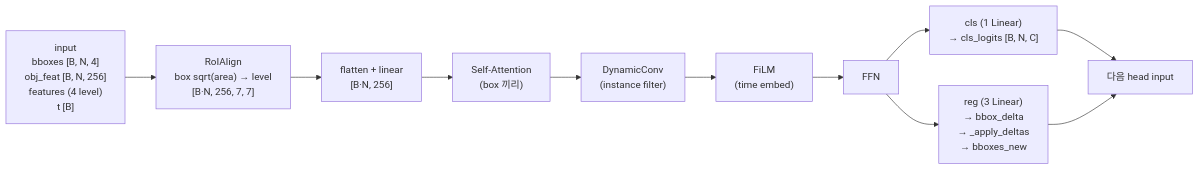
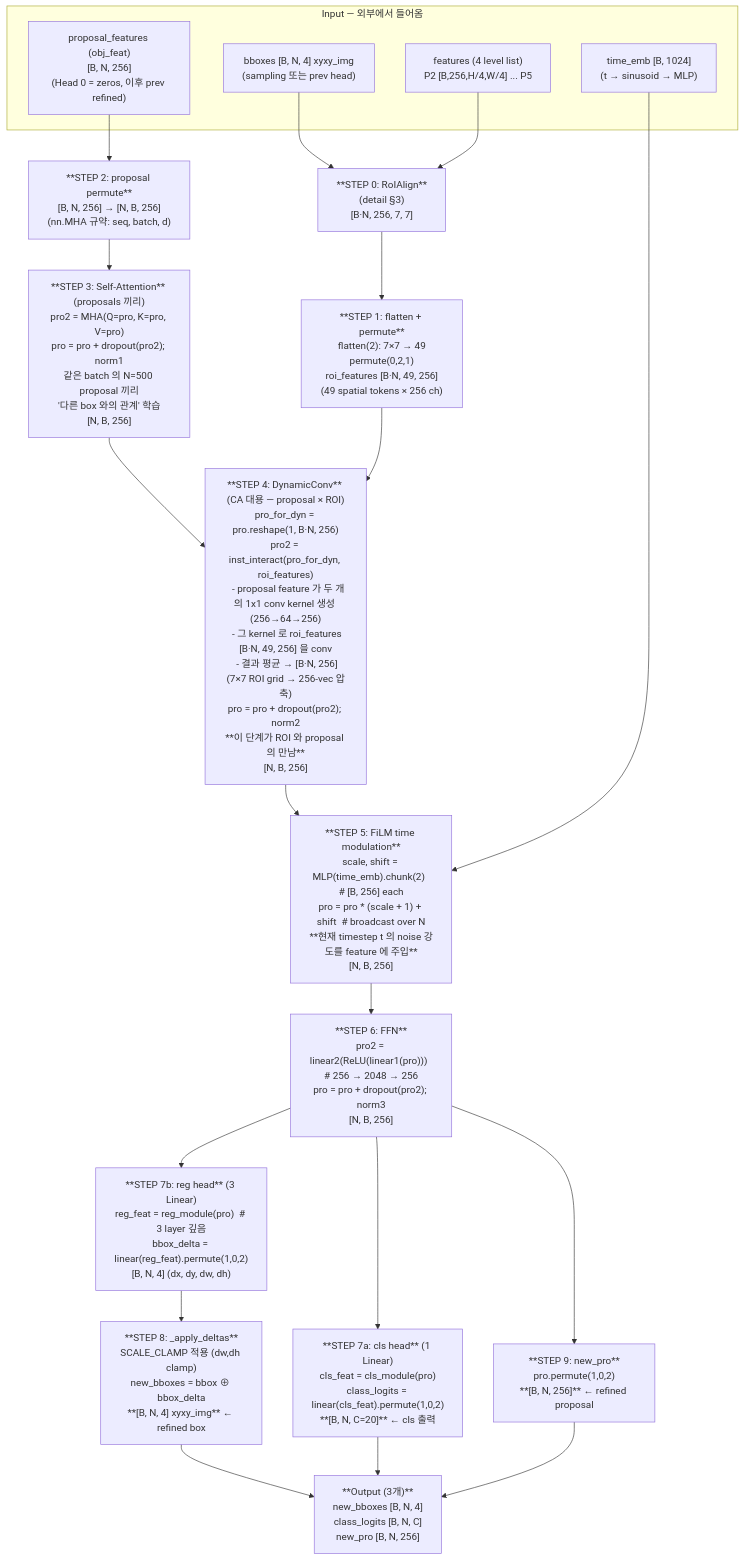
The fourth of 5 diagrams in models/study_model.md (csm-kr/fm-det-analysis), drawn with Mermaid before and after one commit. The commit also changed other lines of this file, not shown here.

First line of the commit message:
docs(models/study): §2.3 DetectionHead 내부 — 단계별 디테일 + 6 head outer loop 추가

````diff
--- a/models/study_model.md
+++ b/models/study_model.md
@@ -459,13 +469,40 @@
 ```mermaid
-flowchart LR
-    In["input<br/>bboxes [B, N, 4]<br/>obj_feat [B, N, 256]<br/>features (4 level)<br/>t [B]"] --> ROI["RoIAlign<br/>box sqrt(area) → level<br/>[B·N, 256, 7, 7]"]
-    ROI --> Flat["flatten + linear<br/>[B·N, 256]"]
-    Flat --> SA["Self-Attention<br/>(box 끼리)"]
-    SA --> DC["DynamicConv<br/>(instance filter)"]
-    DC --> FiLM["FiLM<br/>(time embed)"]
-    FiLM --> FFN["FFN"]
-    FFN --> Cls["cls (1 Linear)<br/>→ cls_logits [B, N, C]"]
-    FFN --> Reg["reg (3 Linear)<br/>→ bbox_delta<br/>→ _apply_deltas<br/>→ bboxes_new"]
-    Cls --> Next["다음 head input"]
-    Reg --> Next
+flowchart TD
+    subgraph IN [Input — 외부에서 들어옴]
+      Bx["bboxes [B, N, 4] xyxy_img<br/>(sampling 또는 prev head)"]
+      Pro0["proposal_features (obj_feat)<br/>[B, N, 256]<br/>(Head 0 = zeros, 이후 prev refined)"]
+      Feat["features (4 level list)<br/>P2 [B,256,H/4,W/4] ... P5"]
+      T["time_emb [B, 1024]<br/>(t → sinusoid → MLP)"]
+    end
+
+    Bx --> ROI["**STEP 0: RoIAlign**<br/>(detail §3)<br/>[B·N, 256, 7, 7]"]
+    Feat --> ROI
+
+    ROI --> Flat["**STEP 1: flatten + permute**<br/>flatten(2): 7×7 → 49<br/>permute(0,2,1)<br/>roi_features [B·N, 49, 256]<br/>(49 spatial tokens × 256 ch)"]
+
+    Pro0 --> Permute["**STEP 2: proposal permute**<br/>[B, N, 256] → [N, B, 256]<br/>(nn.MHA 규약: seq, batch, d)"]
+
+    Permute --> SA["**STEP 3: Self-Attention** (proposals 끼리)<br/>pro2 = MHA(Q=pro, K=pro, V=pro)<br/>pro = pro + dropout(pro2); norm1<br/>같은 batch 의 N=500 proposal 끼리<br/>'다른 box 와의 관계' 학습<br/>[N, B, 256]"]
+
+    SA --> DC["**STEP 4: DynamicConv** (CA 대용 — proposal × ROI)<br/>pro_for_dyn = pro.reshape(1, B·N, 256)<br/>pro2 = inst_interact(pro_for_dyn, roi_features)<br/>  - proposal feature 가 두 개의 1x1 conv kernel 생성 (256→64→256)<br/>  - 그 kernel 로 roi_features [B·N, 49, 256] 을 conv<br/>  - 결과 평균 → [B·N, 256] (7×7 ROI grid → 256-vec 압축)<br/>pro = pro + dropout(pro2); norm2<br/>**이 단계가 ROI 와 proposal 의 만남**<br/>[N, B, 256]"]
+
+    Flat --> DC
+
+    DC --> FiLM["**STEP 5: FiLM time modulation**<br/>scale, shift = MLP(time_emb).chunk(2)  # [B, 256] each<br/>pro = pro * (scale + 1) + shift  # broadcast over N<br/>**현재 timestep t 의 noise 강도를 feature 에 주입**<br/>[N, B, 256]"]
+
+    T --> FiLM
+
+    FiLM --> FFN["**STEP 6: FFN**<br/>pro2 = linear2(ReLU(linear1(pro)))  # 256 → 2048 → 256<br/>pro = pro + dropout(pro2); norm3<br/>[N, B, 256]"]
+
+    FFN --> CLS["**STEP 7a: cls head** (1 Linear)<br/>cls_feat = cls_module(pro)<br/>class_logits = linear(cls_feat).permute(1,0,2)<br/>**[B, N, C=20]** ← cls 출력"]
+
+    FFN --> REG["**STEP 7b: reg head** (3 Linear)<br/>reg_feat = reg_module(pro)  # 3 layer 깊음<br/>bbox_delta = linear(reg_feat).permute(1,0,2)<br/>[B, N, 4] (dx, dy, dw, dh)"]
+
+    REG --> APP["**STEP 8: _apply_deltas**<br/>SCALE_CLAMP 적용 (dw,dh clamp)<br/>new_bboxes = bbox ⊕ bbox_delta<br/>**[B, N, 4] xyxy_img** ← refined box"]
+
+    FFN --> NP["**STEP 9: new_pro**<br/>pro.permute(1,0,2)<br/>**[B, N, 256]** ← refined proposal"]
+
+    APP --> OUT["**Output (3개)**<br/>new_bboxes [B, N, 4]<br/>class_logits [B, N, C]<br/>new_pro [B, N, 256]"]
+    CLS --> OUT
+    NP --> OUT
 ```
````
